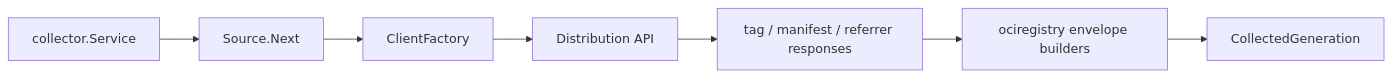
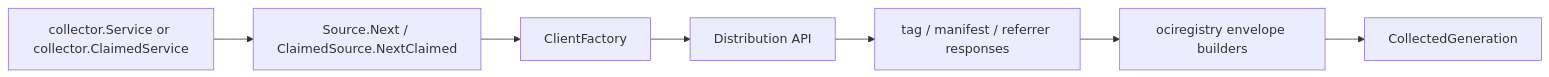
Before and after one commit to eshu-hq/eshu: the diagram in go/internal/collector/ociregistry/ociruntime/README.md, drawn with Mermaid. The commit also changed other lines of this file and 28 other files, not shown here.

````diff
--- a/go/internal/collector/ociregistry/ociruntime/README.md
+++ b/go/internal/collector/ociregistry/ociruntime/README.md
@@ -12,9 +12,9 @@
 ```mermaid
 flowchart LR
-  A["collector.Service"] --> B["Source.Next"]
+  A["collector.Service or collector.ClaimedService"] --> B["Source.Next / ClaimedSource.NextClaimed"]
   B --> C["ClientFactory"]
   C --> D["Distribution API"]
   D --> E["tag / manifest / referrer responses"]
   E --> F["ociregistry envelope builders"]
   F --> G["CollectedGeneration"]
 ```
````
